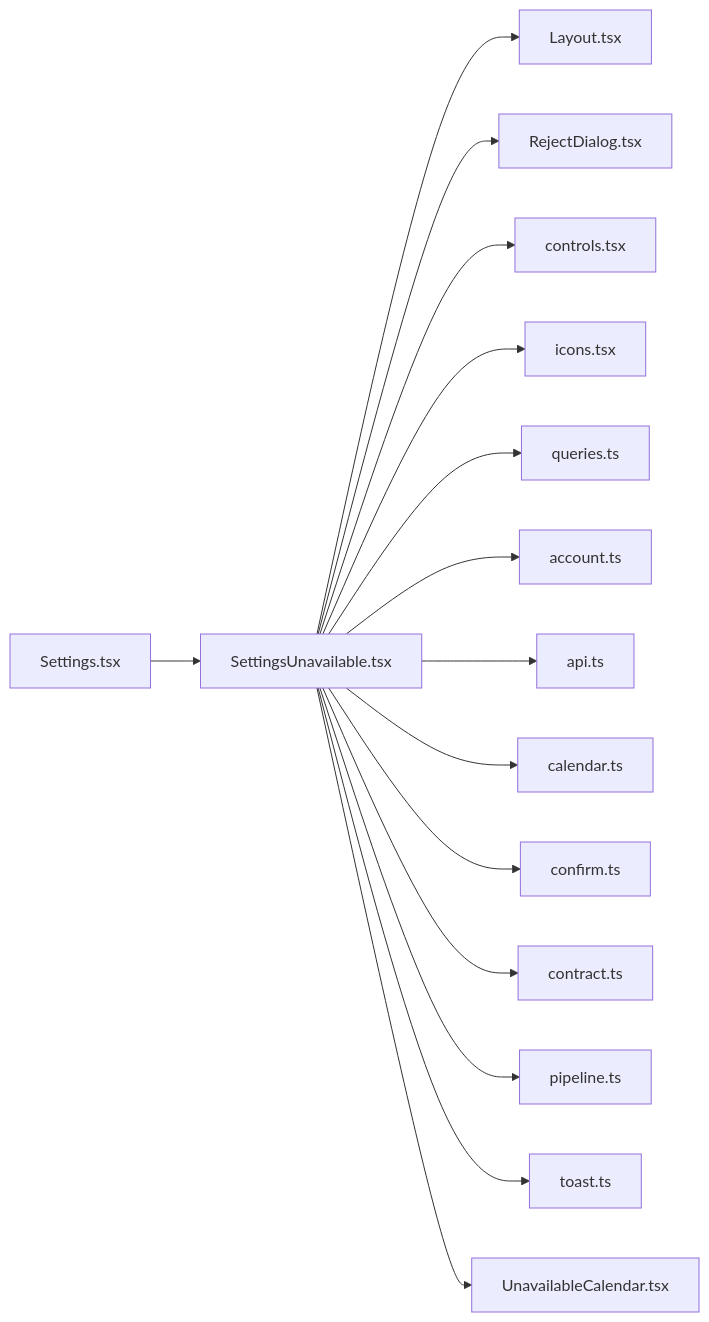
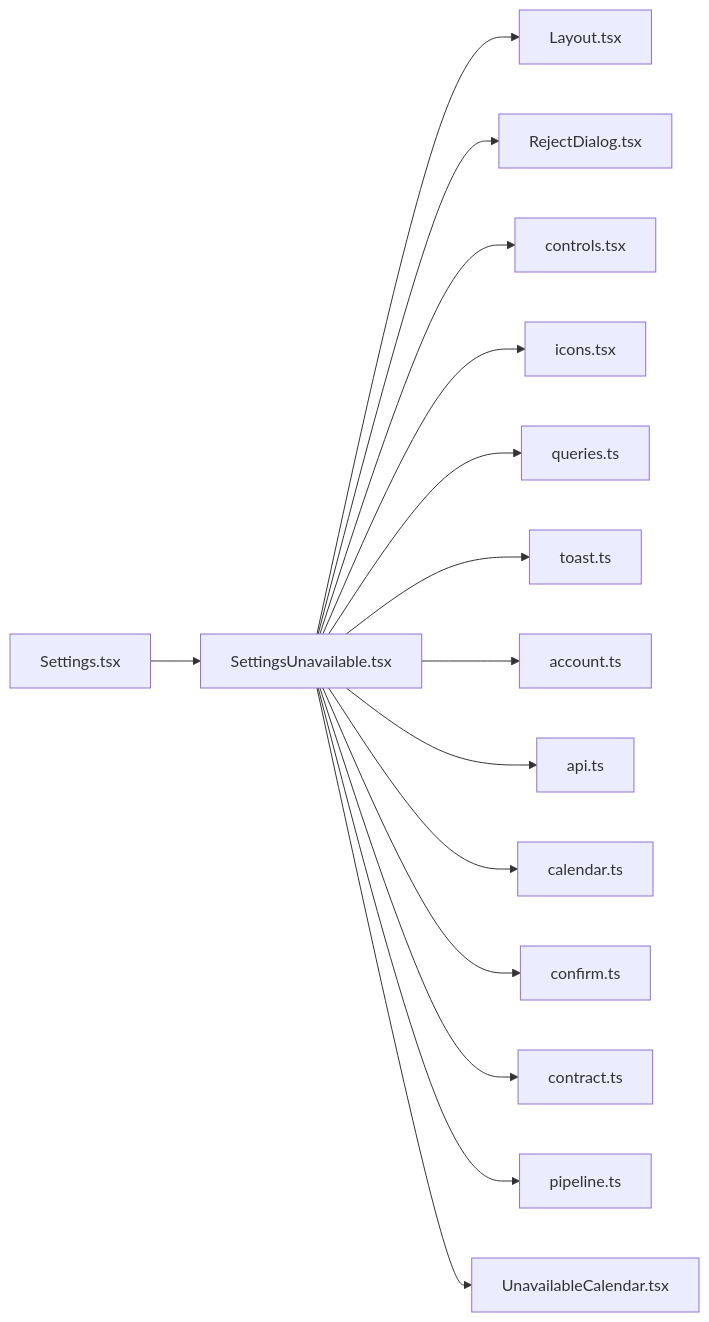
One commit to minkong-dev/Banblit changed the diagram in .cluedoc/graph/frontend/src/routes/SettingsUnavailable.md. Above: the diagram before and after it, drawn with Mermaid. The commit also changed other lines of this file and 47 other files, not shown here.

Commit message:
frontend: move toast into components

````diff
--- a/.cluedoc/graph/frontend/src/routes/SettingsUnavailable.md
+++ b/.cluedoc/graph/frontend/src/routes/SettingsUnavailable.md
@@ -10,18 +10,18 @@
 ```mermaid
 flowchart LR
   frontend_src_routes_SettingsUnavailable["SettingsUnavailable.tsx"]
   frontend_src_routes_SettingsUnavailable --> frontend_src_components_Layout["Layout.tsx"]
   frontend_src_routes_SettingsUnavailable --> frontend_src_components_RejectDialog["RejectDialog.tsx"]
   frontend_src_routes_SettingsUnavailable --> frontend_src_components_controls["controls.tsx"]
   frontend_src_routes_SettingsUnavailable --> frontend_src_components_icons["icons.tsx"]
   frontend_src_routes_SettingsUnavailable --> frontend_src_components_queries["queries.ts"]
+  frontend_src_routes_SettingsUnavailable --> frontend_src_components_toast["toast.ts"]
   frontend_src_routes_SettingsUnavailable --> frontend_src_lib_account["account.ts"]
   frontend_src_routes_SettingsUnavailable --> frontend_src_lib_api["api.ts"]
   frontend_src_routes_SettingsUnavailable --> frontend_src_lib_calendar["calendar.ts"]
   frontend_src_routes_SettingsUnavailable --> frontend_src_lib_confirm["confirm.ts"]
   frontend_src_routes_SettingsUnavailable --> frontend_src_lib_contract["contract.ts"]
   frontend_src_routes_SettingsUnavailable --> frontend_src_lib_pipeline["pipeline.ts"]
-  frontend_src_routes_SettingsUnavailable --> frontend_src_lib_toast["toast.ts"]
   frontend_src_routes_SettingsUnavailable --> frontend_src_routes_UnavailableCalendar["UnavailableCalendar.tsx"]
   frontend_src_routes_Settings["Settings.tsx"] --> frontend_src_routes_SettingsUnavailable
 ```
````
